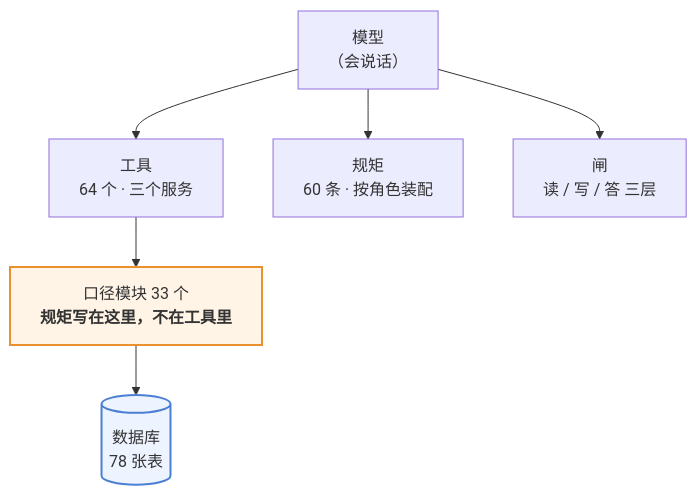
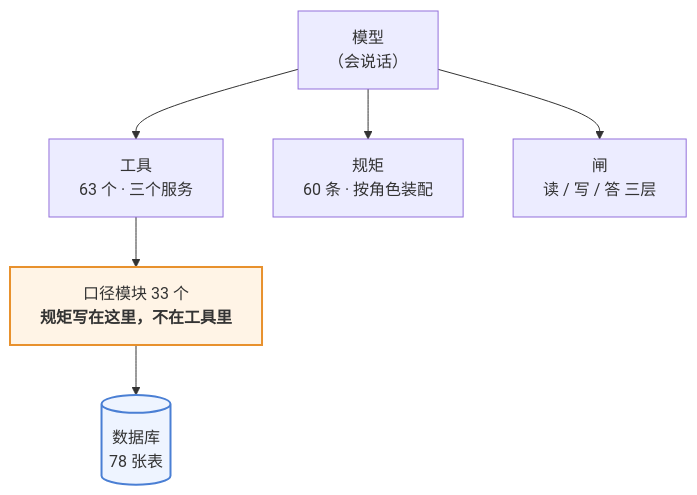
Before and after one commit to 843773296-rgb/lanxiu-yunshang-agent: the first of 3 diagrams in 澜绣云裳agent-产品说明.md, drawn with Mermaid. The commit also changed other lines of this file and 4 other files, not shown here.

````diff
--- a/澜绣云裳agent-产品说明.md
+++ b/澜绣云裳agent-产品说明.md
@@ -62,12 +62,12 @@
 ```mermaid
 flowchart TD
     M["模型<br/>（会说话）"]
-    M --> T["工具<br/>64 个 · 三个服务"]
+    M --> T["工具<br/>63 个 · 三个服务"]
     M --> R["规矩<br/>60 条 · 按角色装配"]
     M --> G["闸<br/>读 / 写 / 答 三层"]
     T --> K["口径模块 33 个<br/><b>规矩写在这里，不在工具里</b>"]
     K --> DB[("数据库<br/>78 张表")]
 
     style K fill:#fff4e6,stroke:#e8912d,stroke-width:2px
     style DB fill:#eef4ff,stroke:#4a7fd4,stroke-width:2px
 ```
````
